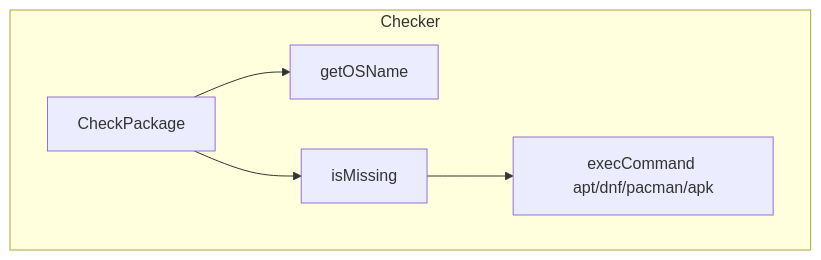
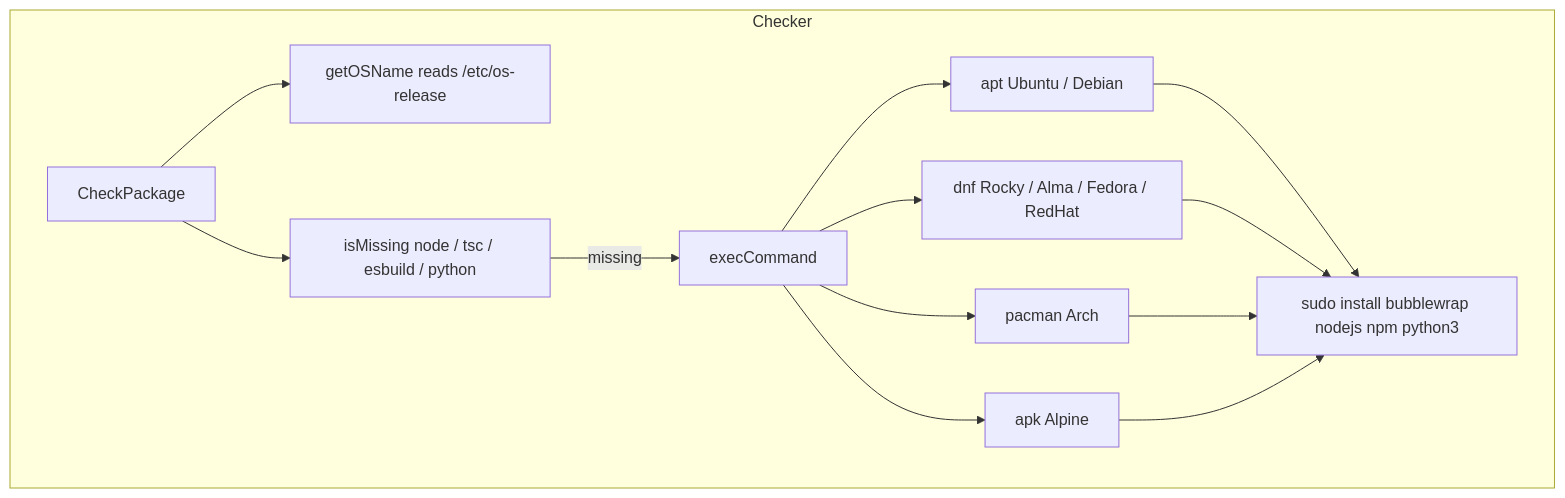
One commit to pardnchiu/HakoRun changed the eighth of 10 diagrams in doc/architecture.md. Above: the diagram before and after it, drawn with Mermaid. The commit also changed other lines of this file and 17 other files, not shown here.

````diff
--- a/doc/architecture.md
+++ b/doc/architecture.md
@@ -89,8 +160,16 @@
 ```mermaid
 graph TB
     subgraph Checker
-        CheckPackage[CheckPackage] --> OSName[getOSName]
-        CheckPackage --> Missing[isMissing]
-        Missing --> Install[execCommand apt/dnf/pacman/apk]
+        CheckPackage[CheckPackage] --> OS[getOSName reads /etc/os-release]
+        CheckPackage --> Missing[isMissing node / tsc / esbuild / python]
+        Missing -->|missing| Exec[execCommand]
+        Exec --> Apt[apt Ubuntu / Debian]
+        Exec --> Dnf[dnf Rocky / Alma / Fedora / RedHat]
+        Exec --> Pacman[pacman Arch]
+        Exec --> Apk[apk Alpine]
+        Apt --> Install[sudo install bubblewrap nodejs npm python3]
+        Dnf --> Install
+        Pacman --> Install
+        Apk --> Install
     end
 ```
````
